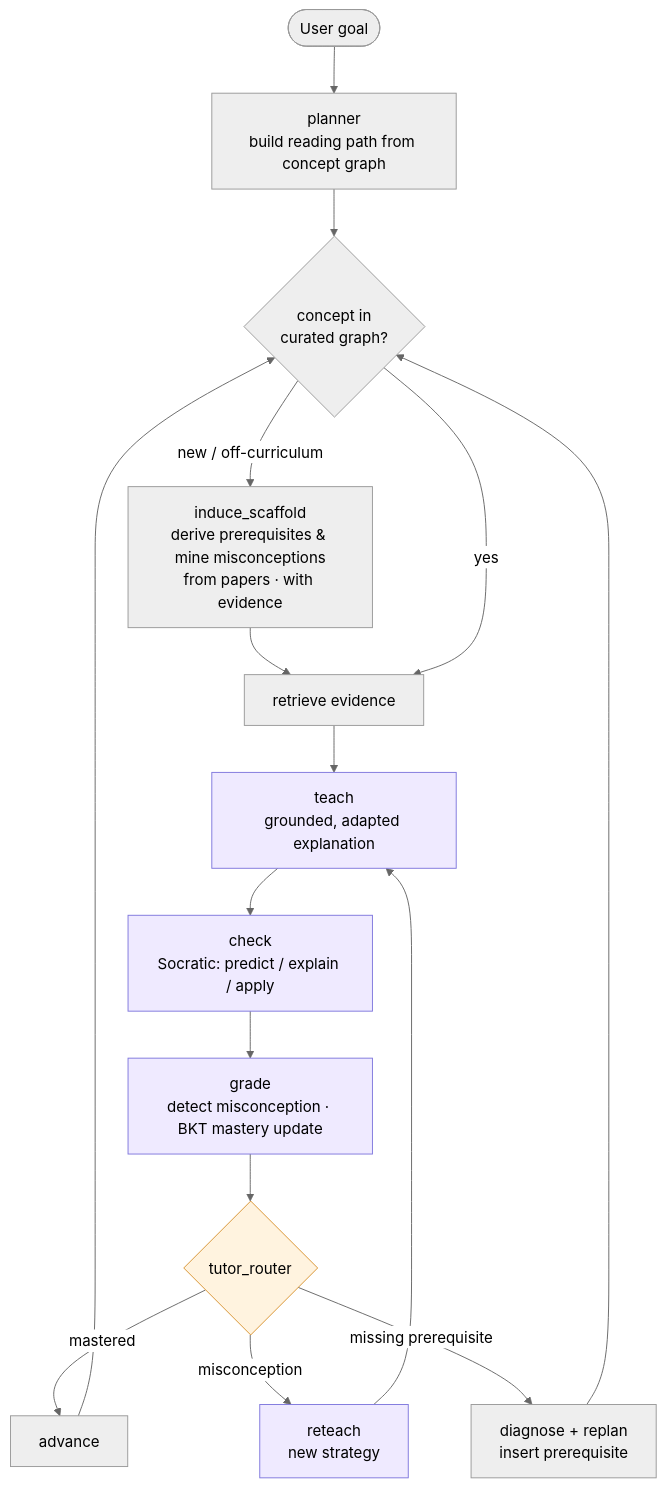
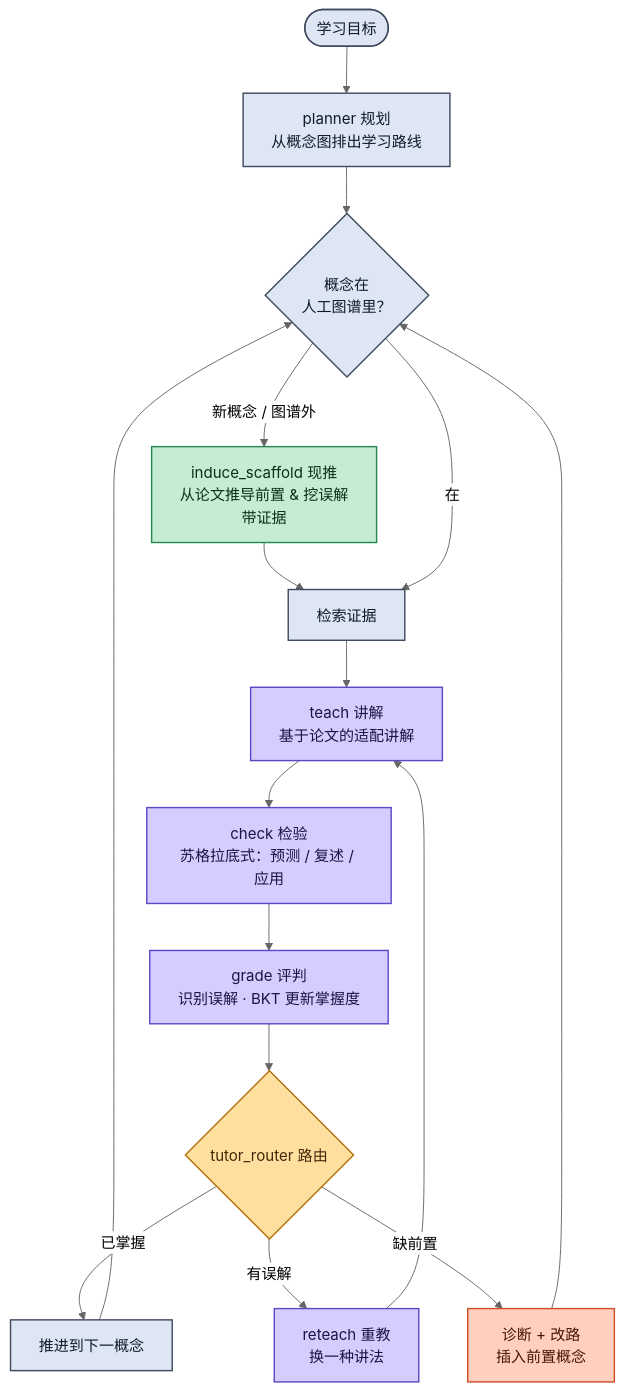
Before and after one commit to The-Architect-3906/LitNavigator: the diagram in README.md, drawn with Mermaid (neutral theme). The commit also changed other lines of this file, not shown here.

````diff
--- a/README.md
+++ b/README.md
@@ -67,23 +69,29 @@
 ```mermaid
 flowchart TD
-    A([User goal]) --> P[planner<br/>build reading path from concept graph]
-    P --> S{concept in<br/>curated graph?}
-    S -->|new / off-curriculum| I[induce_scaffold<br/>derive prerequisites & mine misconceptions<br/>from papers · with evidence]
+    A([学习目标]) --> P[planner 规划<br/>从概念图排出学习路线]
+    P --> S{概念在<br/>人工图谱里？}
+    S -->|新概念 / 图谱外| I[induce_scaffold 现推<br/>从论文推导前置 & 挖误解<br/>带证据]
     I --> R
-    S -->|yes| R[retrieve evidence]
-    R --> T[teach<br/>grounded, adapted explanation]
-    T --> C[check<br/>Socratic: predict / explain / apply]
-    C --> G[grade<br/>detect misconception · BKT mastery update]
-    G --> RT{tutor_router}
-    RT -->|mastered| ADV[advance]
-    RT -->|misconception| RE[reteach<br/>new strategy]
+    S -->|在| R[检索证据]
+    R --> T[teach 讲解<br/>基于论文的适配讲解]
+    T --> C[check 检验<br/>苏格拉底式：预测 / 复述 / 应用]
+    C --> G[grade 评判<br/>识别误解 · BKT 更新掌握度]
+    G --> RT{tutor_router 路由}
+    RT -->|已掌握| ADV[推进到下一概念]
+    RT -->|有误解| RE[reteach 重教<br/>换一种讲法]
     RE --> T
-    RT -->|missing prerequisite| DG[diagnose + replan<br/>insert prerequisite]
+    RT -->|缺前置| DG[诊断 + 改路<br/>插入前置概念]
     DG --> S
     ADV --> S
 
-    classDef teach fill:#efeaff,stroke:#7f77dd;
-    classDef route fill:#fff3df,stroke:#d8932f;
+    classDef base fill:#dde6f2,stroke:#3f4b5e,color:#0f1b2b,stroke-width:1.5px;
+    classDef teach fill:#d7ccff,stroke:#5b49c4,color:#1c1444,stroke-width:1.5px;
+    classDef route fill:#ffdf9e,stroke:#b3700d,color:#43280a,stroke-width:1.5px;
+    classDef induce fill:#c7ecd4,stroke:#258a51,color:#0c3019,stroke-width:1.5px;
+    classDef gap fill:#ffd0bf,stroke:#cf4f24,color:#481606,stroke-width:1.5px;
+    class A,P,S,R,ADV base;
     class T,C,G,RE teach;
     class RT route;
+    class I induce;
+    class DG gap;
 ```
````
